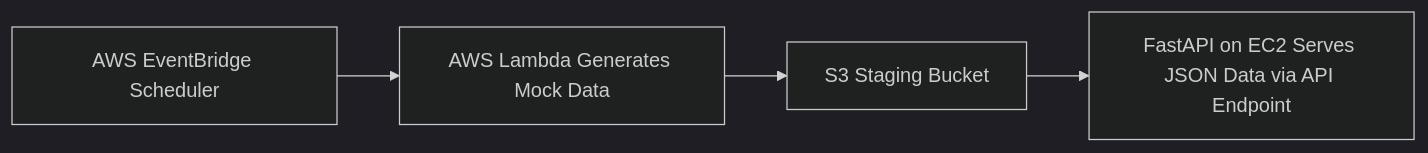
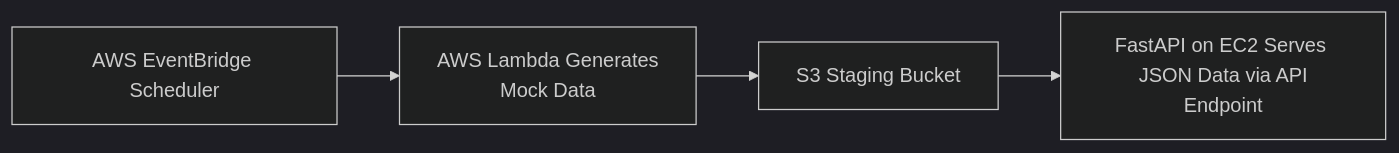
One commit to psgpyc/Data-Engineering-Pipeline-Restaurant-Reservation-Data-Management changed the first of 2 diagrams in README.md. Above: the diagram before and after it, drawn with Mermaid (dark theme). The commit also changed other lines of this file, not shown here.

````diff
--- a/README.md
+++ b/README.md
@@ -64,7 +57,7 @@
 ```mermaid
 graph LR;
-    A[AWS EventBridge Scheduler] --> B[AWS Lambda Generates Mock Data];
+    A[AWS EventBridge Scheduler] --> B[AWS Lambda Generates <br> Mock Data];
     B --> C[S3 Staging Bucket];
-    C --> D[FastAPI on EC2 Serves JSON Data via API Endpoint];
+    C --> D[FastAPI on EC2 Serves <br> JSON Data via API Endpoint];
 
 ```
````
